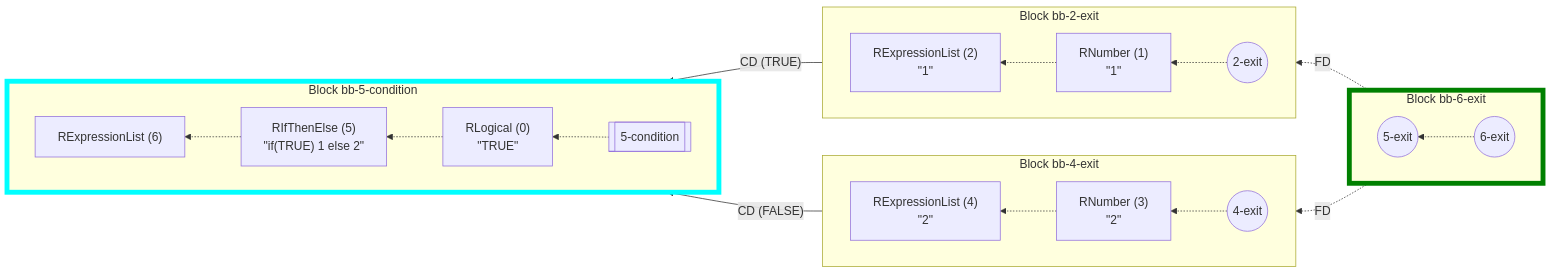
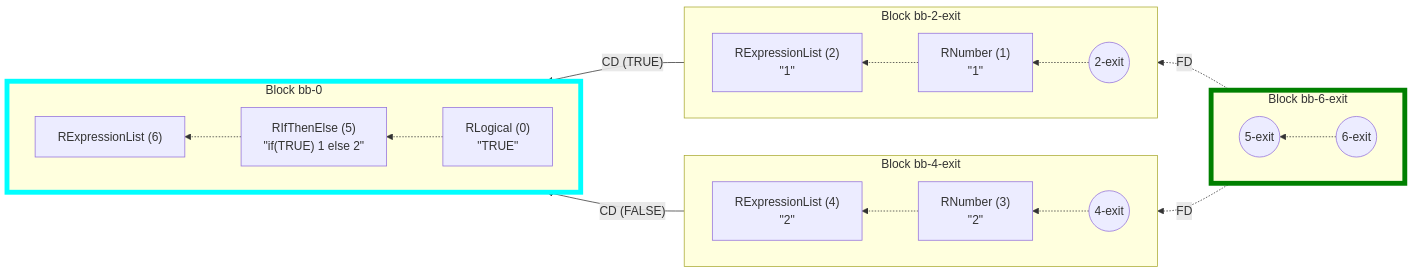
The second of 13 diagrams in wiki/Query API.md (flowr-analysis/flowr), drawn with Mermaid before and after one commit. The commit also changed other lines of this file and 11 other files, not shown here.

Commit message:
[skip ci] doc: update generated wiki pages (wiki/Capabilities,wiki/Query API,wiki/Interface,wiki/Control Flow Graph)

````diff
--- a/wiki/Query API.md
+++ b/wiki/Query API.md
@@ -1418,46 +1665,44 @@
 ```mermaid
 flowchart RL
-    subgraph nbb-5-condition [Block bb-5-condition]
+    subgraph nbb-0 [Block bb-0]
         direction RL
-    n5-condition[[5-condition]]
     n0["`RLogical (0)
 #34;TRUE#34;`"]
-    n5-condition -.-> n0
     n5["`RIfThenElse (5)
 #34;if(TRUE) 1 else 2#34;`"]
     n0 -.-> n5
     n6["`RExpressionList (6)`"]
     n5 -.-> n6
     end
     subgraph nbb-2-exit [Block bb-2-exit]
         direction RL
     n2-exit((2-exit))
     n1["`RNumber (1)
 #34;1#34;`"]
     n2-exit -.-> n1
     n2["`RExpressionList (2)
 #34;1#34;`"]
     n1 -.-> n2
     end
     subgraph nbb-4-exit [Block bb-4-exit]
         direction RL
     n4-exit((4-exit))
     n3["`RNumber (3)
 #34;2#34;`"]
     n4-exit -.-> n3
     n4["`RExpressionList (4)
 #34;2#34;`"]
     n3 -.-> n4
     end
     subgraph nbb-6-exit [Block bb-6-exit]
         direction RL
     n6-exit((6-exit))
     n5-exit((5-exit))
     n6-exit -.-> n5-exit
     end
     nbb-6-exit -.->|"FD"| nbb-2-exit
     nbb-6-exit -.->|"FD"| nbb-4-exit
-    nbb-2-exit -->|"CD (TRUE)"| nbb-5-condition
-    nbb-4-exit -->|"CD (FALSE)"| nbb-5-condition
-    style nbb-5-condition stroke:cyan,stroke-width:6.5px;    style nbb-6-exit stroke:green,stroke-width:6.5px;
+    nbb-2-exit -->|"CD (TRUE)"| nbb-0
+    nbb-4-exit -->|"CD (FALSE)"| nbb-0
+    style nbb-0 stroke:cyan,stroke-width:6.5px;    style nbb-6-exit stroke:green,stroke-width:6.5px;
 ```
````
